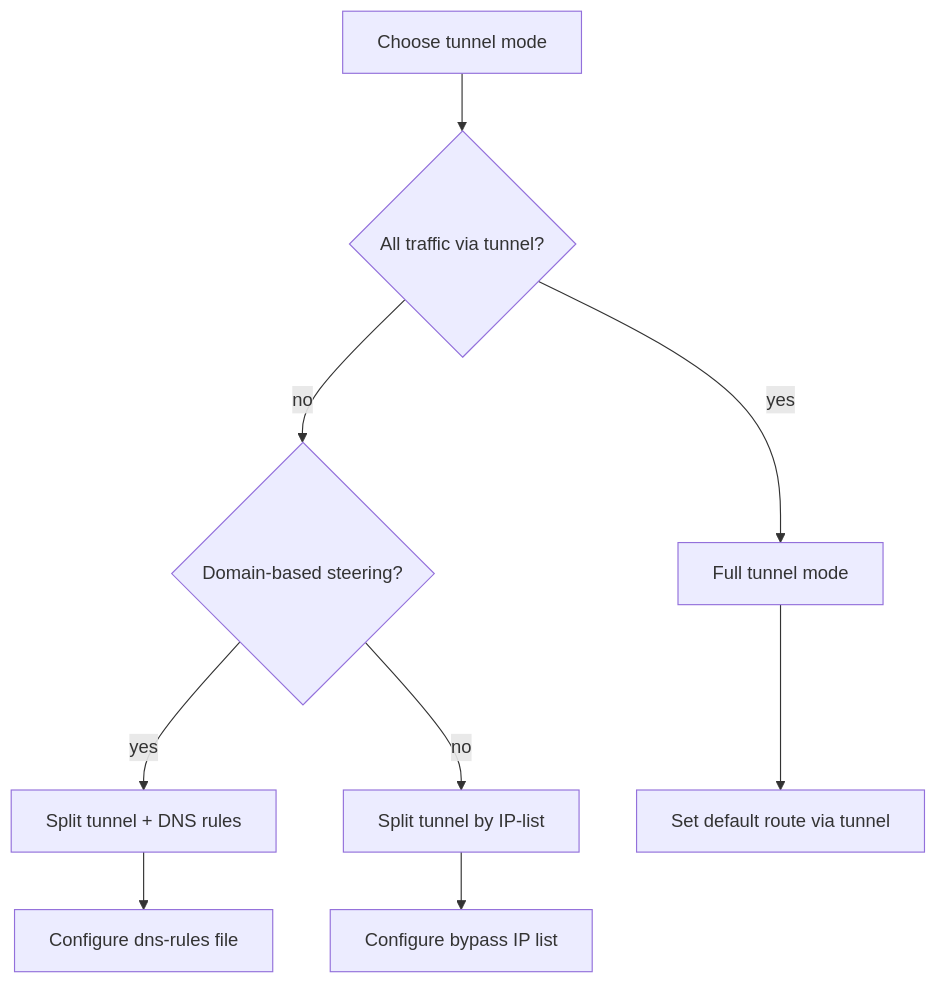
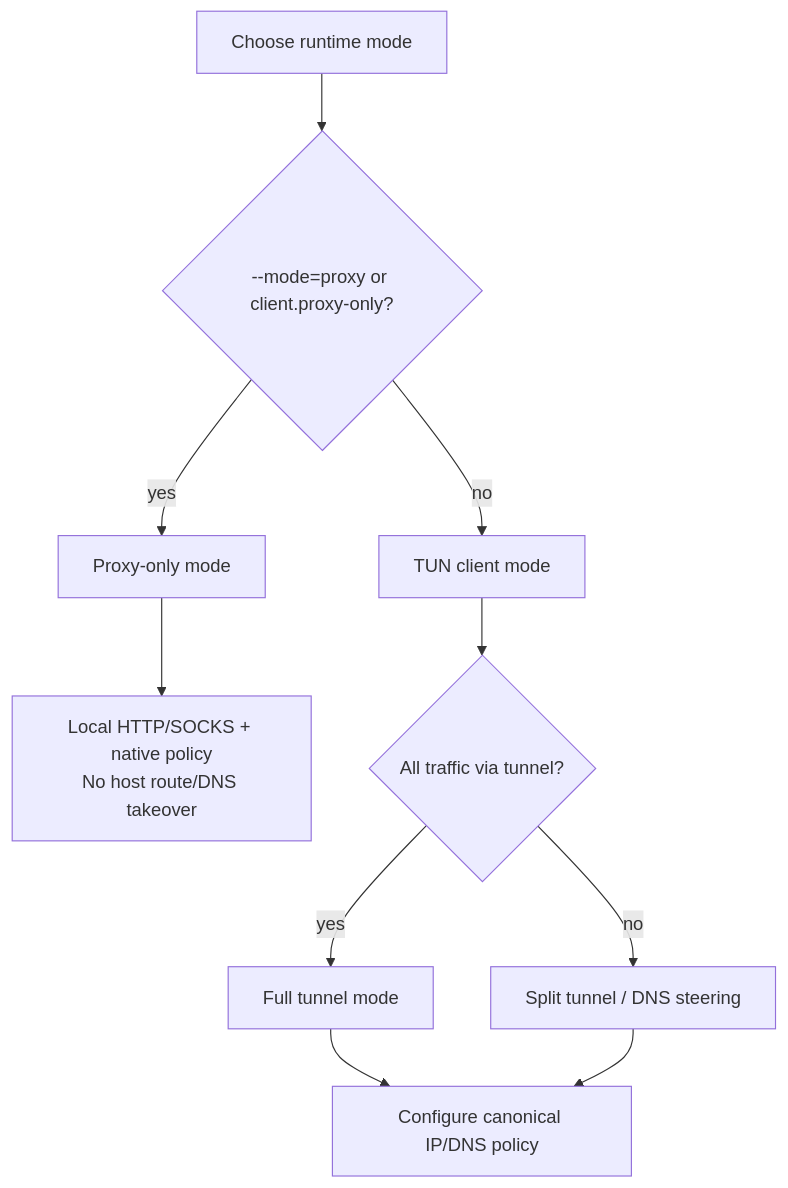
The second of 3 diagrams in docs/getting-started/USER_MANUAL.md (rebecca554owen/openppp2), drawn with Mermaid before and after one commit. The commit also changed other lines of this file and 34 other files, not shown here.

````diff
--- a/docs/getting-started/USER_MANUAL.md
+++ b/docs/getting-started/USER_MANUAL.md
@@ -182,11 +190,12 @@
 ```mermaid
 flowchart TD
-    A[Choose tunnel mode] --> B{All traffic via tunnel?}
-    B -->|yes| C[Full tunnel mode]
-    B -->|no| D{Domain-based steering?}
-    D -->|yes| E[Split tunnel + DNS rules]
-    D -->|no| F[Split tunnel by IP-list]
-    C --> G[Set default route via tunnel]
-    E --> H[Configure dns-rules file]
-    F --> I[Configure bypass IP list]
+    A[Choose runtime mode] --> B{--mode=proxy or client.proxy-only?}
+    B -->|yes| C[Proxy-only mode]
+    B -->|no| D[TUN client mode]
+    C --> E[Local HTTP/SOCKS + native policy\nNo host route/DNS takeover]
+    D --> F{All traffic via tunnel?}
+    F -->|yes| G[Full tunnel mode]
+    F -->|no| H[Split tunnel / DNS steering]
+    G --> I[Configure canonical IP/DNS policy]
+    H --> I
 ```
````
